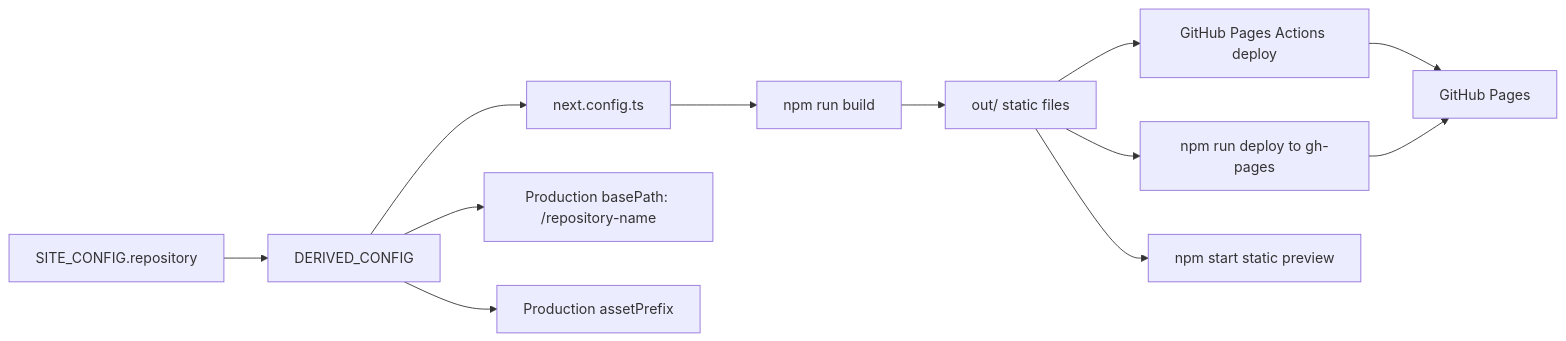
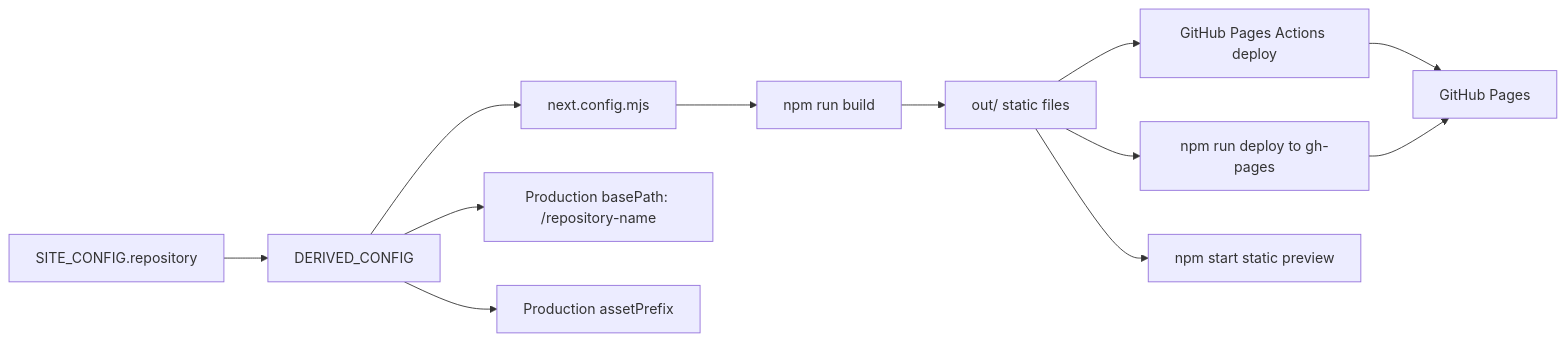
The third of 4 diagrams in docs/DIAGRAMS.md (justinthelaw/justinthelaw), drawn with Mermaid before and after one commit. The commit also changed other lines of this file and 48 other files, not shown here.

````diff
--- a/docs/DIAGRAMS.md
+++ b/docs/DIAGRAMS.md
@@ -73,14 +80,14 @@
 ```mermaid
 flowchart LR
   repoConfig["SITE_CONFIG.repository"] --> derived["DERIVED_CONFIG"]
-  derived --> nextConfig["next.config.ts"]
+  derived --> nextConfig["next.config.mjs"]
   nextConfig --> build["npm run build"]
   build --> outDir["out/ static files"]
   outDir --> actions["GitHub Pages Actions deploy"]
   outDir --> manual["npm run deploy to gh-pages"]
   outDir --> preview["npm start static preview"]
   actions --> pages["GitHub Pages"]
   manual --> pages
   derived --> basePath["Production basePath: /repository-name"]
   derived --> assetPrefix["Production assetPrefix"]
 ```
````
